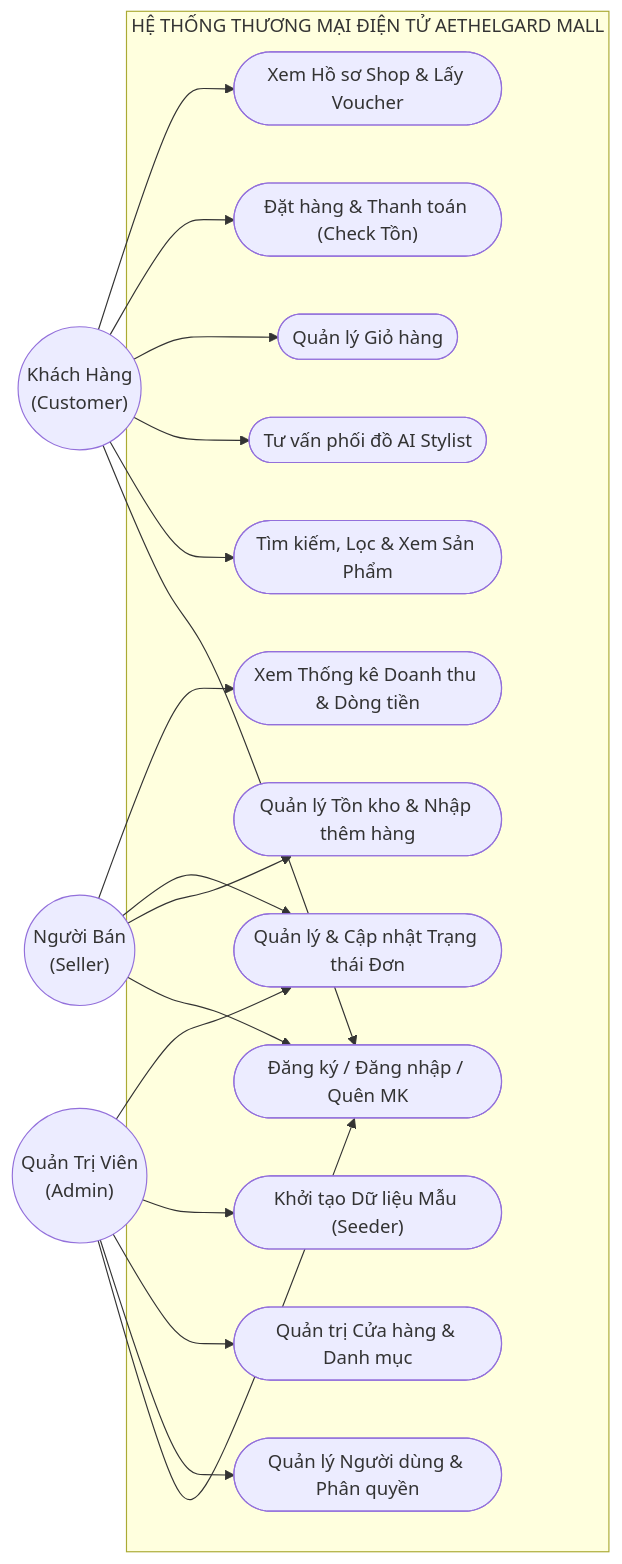
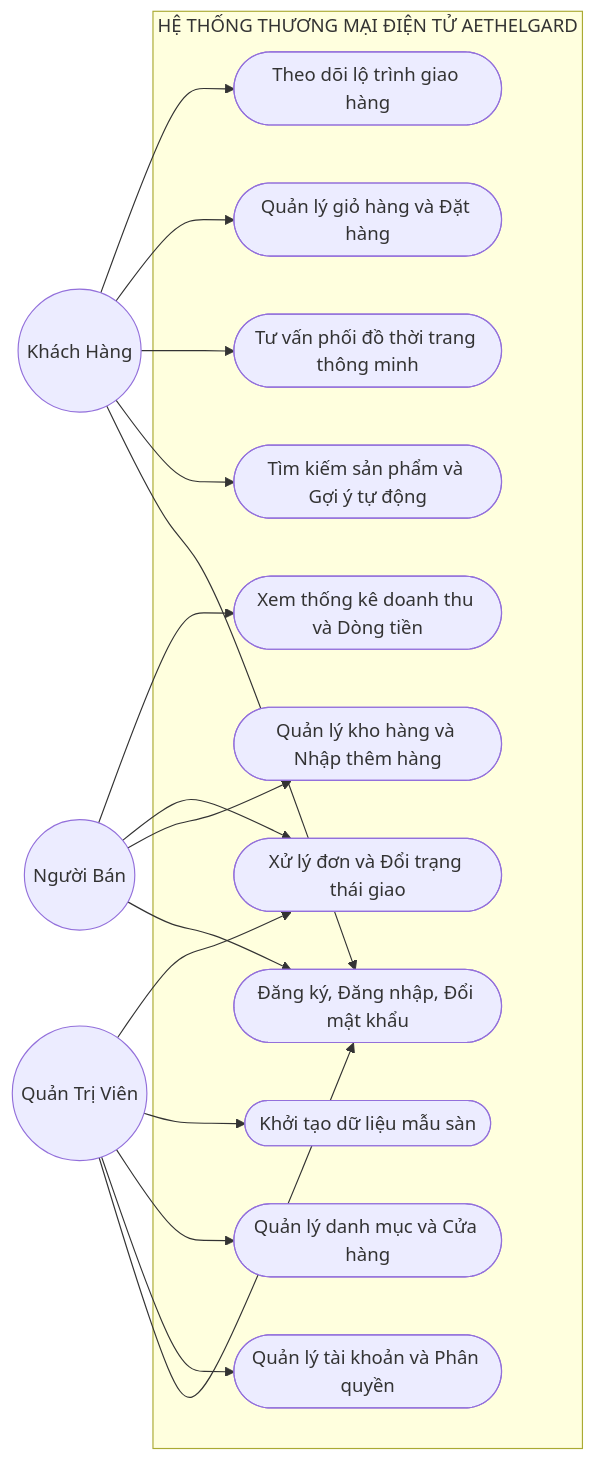
Before and after one commit to ducmanh-jr/aethelgard_shopping_mall: the sixth of 16 diagrams in BAO_CAO_THIET_KE_HE_THONG.md, drawn with Mermaid. The commit also changed other lines of this file and 310 other files, not shown here.

````diff
--- a/BAO_CAO_THIET_KE_HE_THONG.md
+++ b/BAO_CAO_THIET_KE_HE_THONG.md
@@ -184,42 +227,39 @@
 ```mermaid
 flowchart LR
-    %% Actors
-    ActorBuyer(("Khách Hàng<br/>(Customer)"))
-    ActorSeller(("Người Bán<br/>(Seller)"))
-    ActorAdmin(("Quản Trị Viên<br/>(Admin)"))
+    Buyer(("Khách Hàng"))
+    Seller(("Người Bán"))
+    Admin(("Quản Trị Viên"))
 
-    subgraph BoundarySystem ["HỆ THỐNG THƯƠNG MẠI ĐIỆN TỬ AETHELGARD MALL"]
-        UC_Auth(["Đăng ký / Đăng nhập / Quên MK"])
-        UC_Search(["Tìm kiếm, Lọc & Xem Sản Phẩm"])
-        UC_AI(["Tư vấn phối đồ AI Stylist"])
-        UC_Cart(["Quản lý Giỏ hàng"])
-        UC_Order(["Đặt hàng & Thanh toán (Check Tồn)"])
-        UC_ShopProfile(["Xem Hồ sơ Shop & Lấy Voucher"])
+    subgraph System ["HỆ THỐNG THƯƠNG MẠI ĐIỆN TỬ AETHELGARD"]
+        UC_Auth(["Đăng ký, Đăng nhập, Đổi mật khẩu"])
+        UC_Search(["Tìm kiếm sản phẩm và Gợi ý tự động"])
+        UC_AI(["Tư vấn phối đồ thời trang thông minh"])
+        UC_Cart(["Quản lý giỏ hàng và Đặt hàng"])
+        UC_Track(["Theo dõi lộ trình giao hàng"])
 
-        UC_ManageInv(["Quản lý Tồn kho & Nhập thêm hàng"])
-        UC_ManageOrder(["Quản lý & Cập nhật Trạng thái Đơn"])
-        UC_ViewStats(["Xem Thống kê Doanh thu & Dòng tiền"])
+        UC_Inv(["Quản lý kho hàng và Nhập thêm hàng"])
+        UC_Order(["Xử lý đơn và Đổi trạng thái giao"])
+        UC_Finance(["Xem thống kê doanh thu và Dòng tiền"])
 
-        UC_ManageUsers(["Quản lý Người dùng & Phân quyền"])
-        UC_ManageStores(["Quản trị Cửa hàng & Danh mục"])
-        UC_SystemSeed(["Khởi tạo Dữ liệu Mẫu (Seeder)"])
+        UC_Users(["Quản lý tài khoản và Phân quyền"])
+        UC_Category(["Quản lý danh mục và Cửa hàng"])
+        UC_DataSeed(["Khởi tạo dữ liệu mẫu sàn"])
     end
 
-    ActorBuyer --> UC_Auth
-    ActorBuyer --> UC_Search
-    ActorBuyer --> UC_AI
-    ActorBuyer --> UC_Cart
-    ActorBuyer --> UC_Order
-    ActorBuyer --> UC_ShopProfile
+    Buyer --> UC_Auth
+    Buyer --> UC_Search
+    Buyer --> UC_AI
+    Buyer --> UC_Cart
+    Buyer --> UC_Track
 
-    ActorSeller --> UC_Auth
-    ActorSeller --> UC_ManageInv
-    ActorSeller --> UC_ManageOrder
-    ActorSeller --> UC_ViewStats
+    Seller --> UC_Auth
+    Seller --> UC_Inv
+    Seller --> UC_Order
+    Seller --> UC_Finance
 
-    ActorAdmin --> UC_Auth
-    ActorAdmin --> UC_ManageUsers
-    ActorAdmin --> UC_ManageStores
-    ActorAdmin --> UC_SystemSeed
-    ActorAdmin --> UC_ManageOrder
+    Admin --> UC_Auth
+    Admin --> UC_Users
+    Admin --> UC_Category
+    Admin --> UC_DataSeed
+    Admin --> UC_Order
 ```
````
